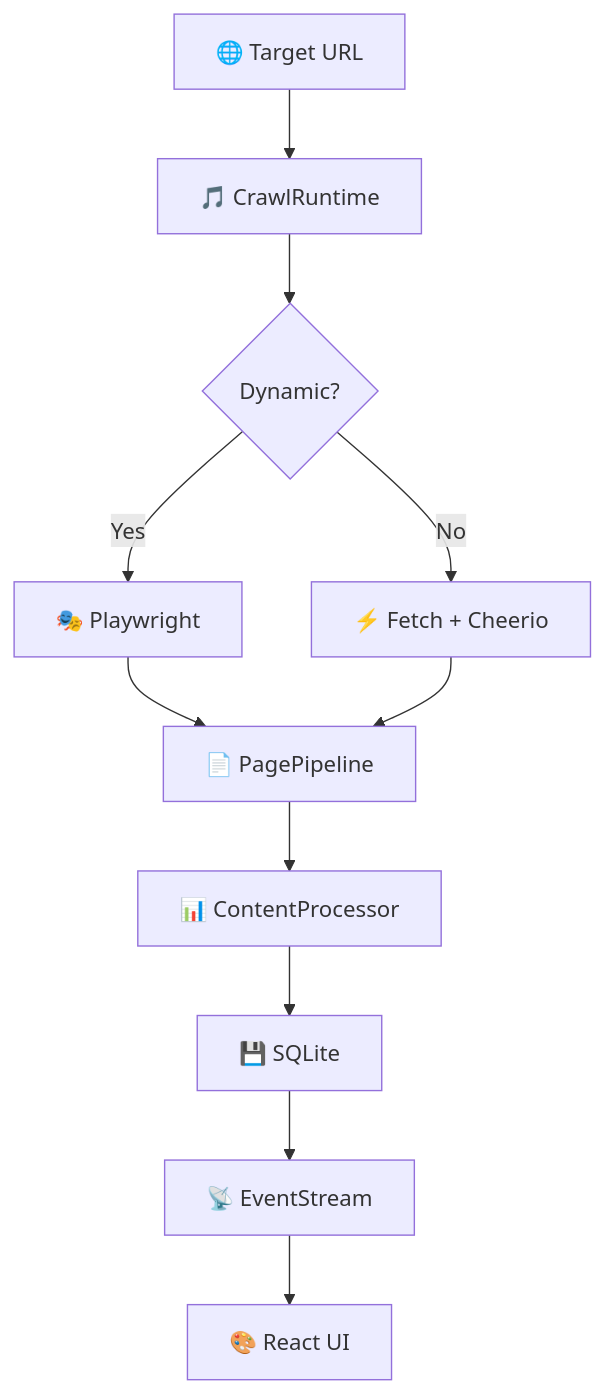
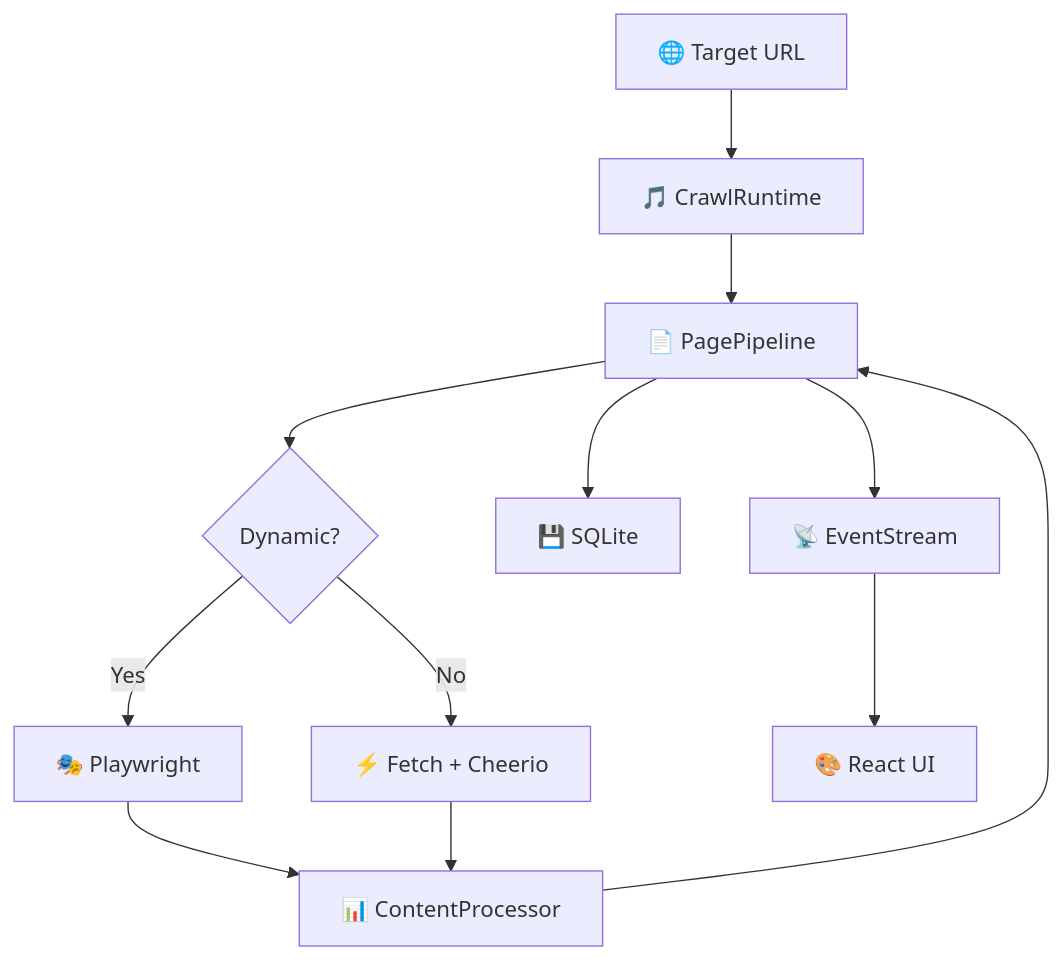
One commit to renbkna/mikumikucrawler changed the diagram in README.md. Above: the diagram before and after it, drawn with Mermaid. The commit also changed other lines of this file, not shown here.

Commit message:
docs: clarify README flowchart and page-processing steps

````diff
--- a/README.md
+++ b/README.md
@@ -282,13 +282,14 @@
 ```mermaid
 graph TD
     A[🌐 Target URL] --> B[🎵 CrawlRuntime]
-    B --> C{Dynamic?}
-    C -->|Yes| D[🎭 Playwright]
-    C -->|No| E[⚡ Fetch + Cheerio]
-    D --> F[📄 PagePipeline]
-    E --> F
-    F --> G[📊 ContentProcessor]
-    G --> H[💾 SQLite]
-    H --> I[📡 EventStream]
+    B --> C[📄 PagePipeline]
+    C --> D{Dynamic?}
+    D -->|Yes| E[🎭 Playwright]
+    D -->|No| F[⚡ Fetch + Cheerio]
+    E --> G[📊 ContentProcessor]
+    F --> G
+    G --> C
+    C --> H[💾 SQLite]
+    C --> I[📡 EventStream]
     I --> J[🎨 React UI]
 ```
````
